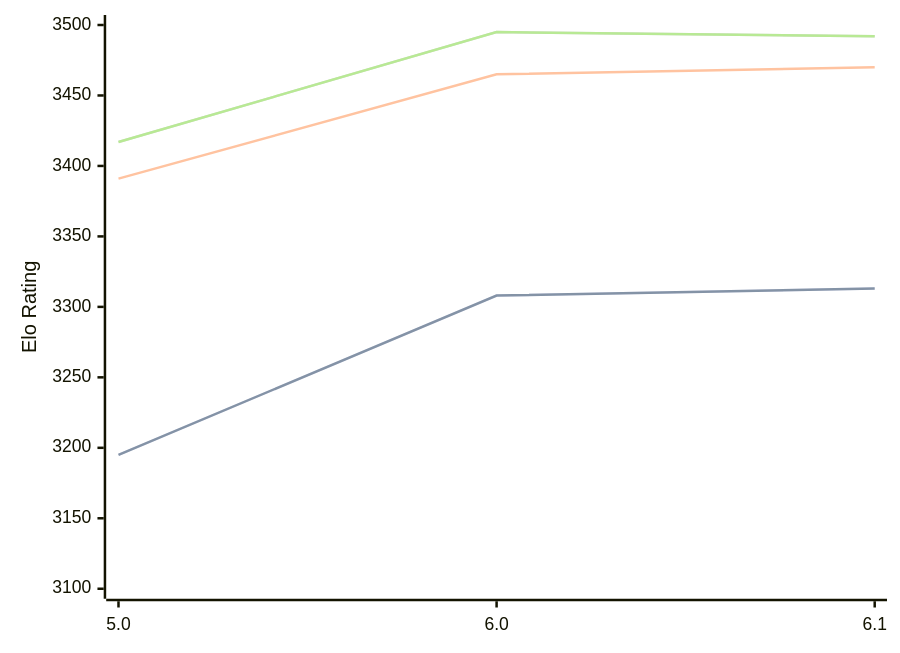
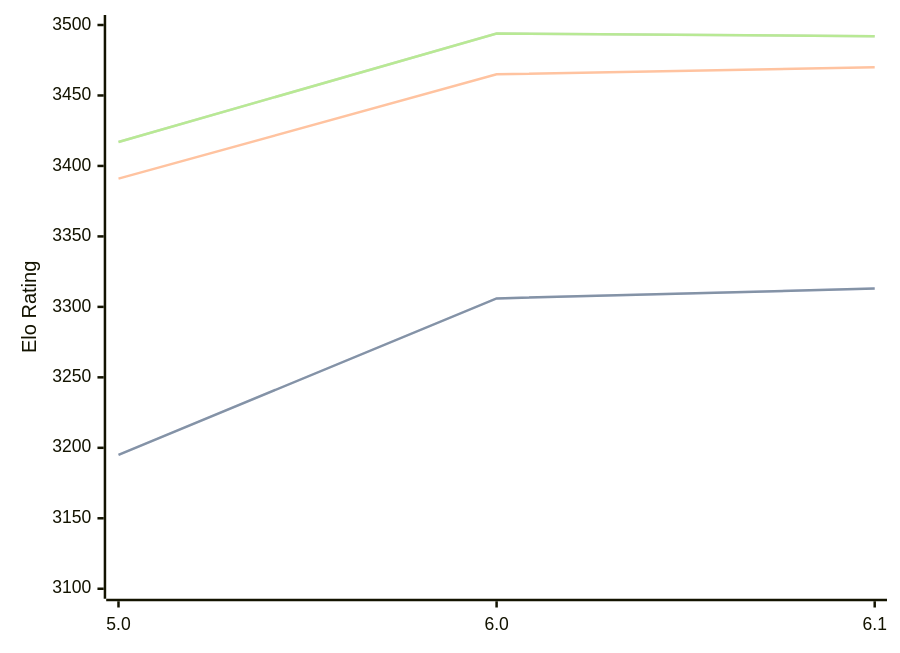
The diagram in engines/Starzix.md (computer-chess-index/cci), drawn with Mermaid before and after one commit. The commit also changed other lines of this file, not shown here.

Commit message:
Update CCI Ratings (ELO VLTC) - 2026-06-10

````diff
--- a/engines/Starzix.md
+++ b/engines/Starzix.md
@@ -37,11 +37,11 @@
 ```mermaid
 %%{init: {"theme":"base","themeVariables":{"seriesColors:['#a3a3a3','#222221','#faa371']}}}%%
 xychart-beta
   x-axis ["5.0", "6.0", "6.1"]
   y-axis "Elo Rating" 3100 --> 3500
-  line "STC (8.0+0.08s)" [3195, 3308, 3313]
-  line "STC (8.0+0.08s)" [3195, 3308, 3313]
+  line "STC (8.0+0.08s)" [3195, 3306, 3313]
+  line "STC (8.0+0.08s)" [3195, 3306, 3313]
   line "LTC (60.0+0.60s)" [3391, 3465, 3470]
-  line "VLTC (2m24s+1.12s)" [3417, 3495, 3492]
-  line "VLTC (2m24s+1.12s)" [3417, 3495, 3492]
+  line "VLTC (2m24s+1.12s)" [3417, 3494, 3492]
+  line "VLTC (2m24s+1.12s)" [3417, 3494, 3492]
 ```
````
